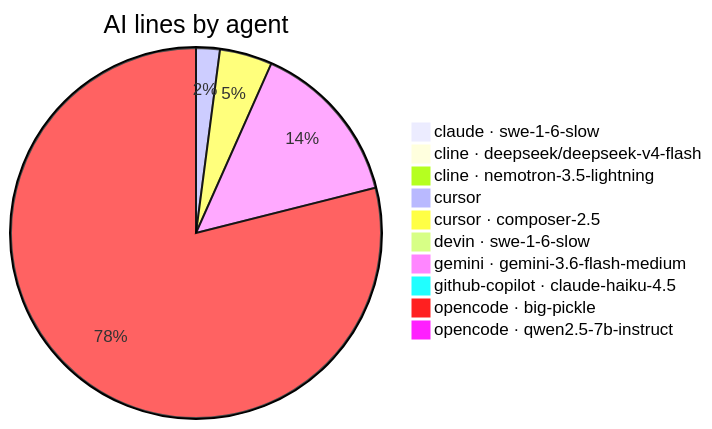
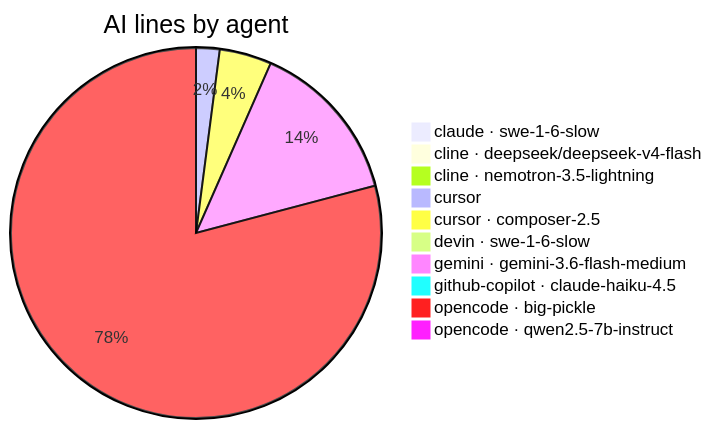
One commit to CaliMark/game-of-life changed the second of 2 diagrams in AI-AUTHORSHIP.md. Above: the diagram before and after it, drawn with Mermaid. The commit also changed other lines of this file, not shown here.

````diff
--- a/AI-AUTHORSHIP.md
+++ b/AI-AUTHORSHIP.md
@@ -28,13 +27,13 @@
 ```mermaid
 pie title AI lines by agent
     "claude · swe-1-6-slow" : 1
     "cline · deepseek/deepseek-v4-flash" : 1
     "cline · nemotron-3.5-lightning" : 1
     "cursor" : 19
     "cursor · composer-2.5" : 42
     "devin · swe-1-6-slow" : 1
     "gemini · gemini-3.6-flash-medium" : 132
     "github-copilot · claude-haiku-4.5" : 7
-    "opencode · big-pickle" : 723
+    "opencode · big-pickle" : 731
     "opencode · qwen2.5-7b-instruct" : 3
 ```
````
